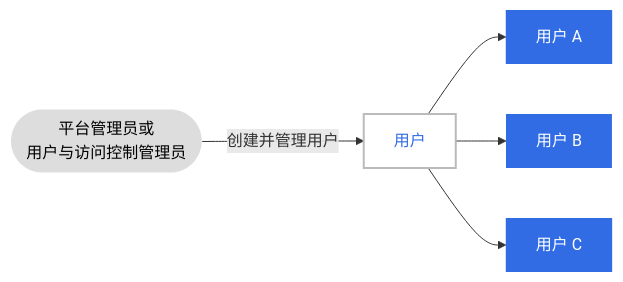
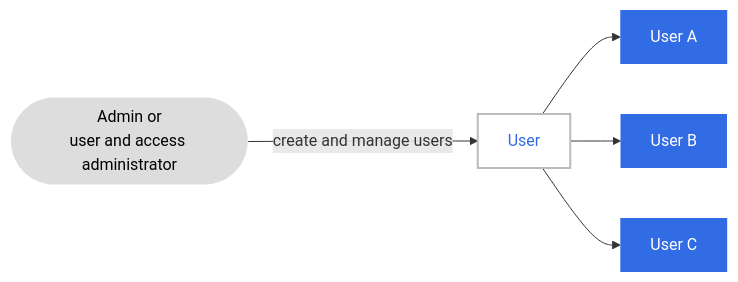
The first of 3 diagrams in docs/en/docs/ghippo/01ProductBrief/Features.md (DaoCloud/DaoCloud-docs), drawn with Mermaid before and after one commit. The commit also changed other lines of this file and 6 other files, not shown here.

````diff
--- a/docs/en/docs/ghippo/01ProductBrief/Features.md
+++ b/docs/en/docs/ghippo/01ProductBrief/Features.md
@@ -16,17 +16,17 @@
-    ```mermaid
-    graph LR
+     ```mermaid
+     graph LR
 
-        admin([平台管理员或<br>用户与访问控制管理员]) --> |创建并管理用户|user[用户]
-        user --> user1[用户 A]
-        user --> user2[用户 B]
-        user --> user3[用户 C]
+         admin([Admin or<br>user and access administrator]) --> |create and manage users|user[User]
+         user --> user1[User A]
+         user --> user2[User B]
+         user --> user3[User C]
         
-    click user "https://docs.daocloud.io/ghippo/04UserGuide/01UserandAccess/User/"
+    click user "https://docs.daocloud.io/en/ghippo/04UserGuide/01UserandAccess/User/"
 
     classDef plain fill:#ddd,stroke:#fff,stroke-width:0px,color:#000;
     classDef k8s fill:#326ce5,stroke:#fff,stroke-width:0px,color:#fff;
     classDef cluster fill:#fff,stroke:#bbb,stroke-width:2px,color:#326ce5;
     class admin plain;
     class user1,user2,user3 k8s;
     class user cluster
-    ```
+     ```
````
